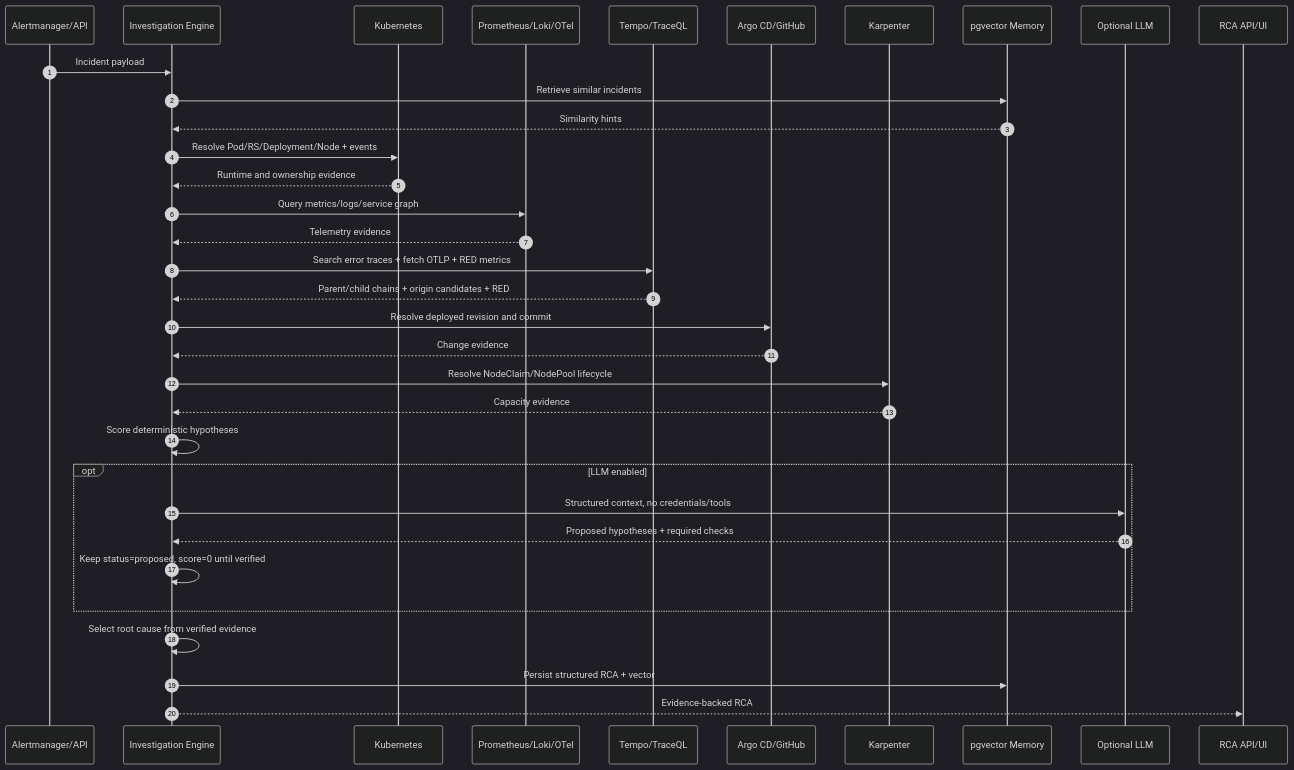
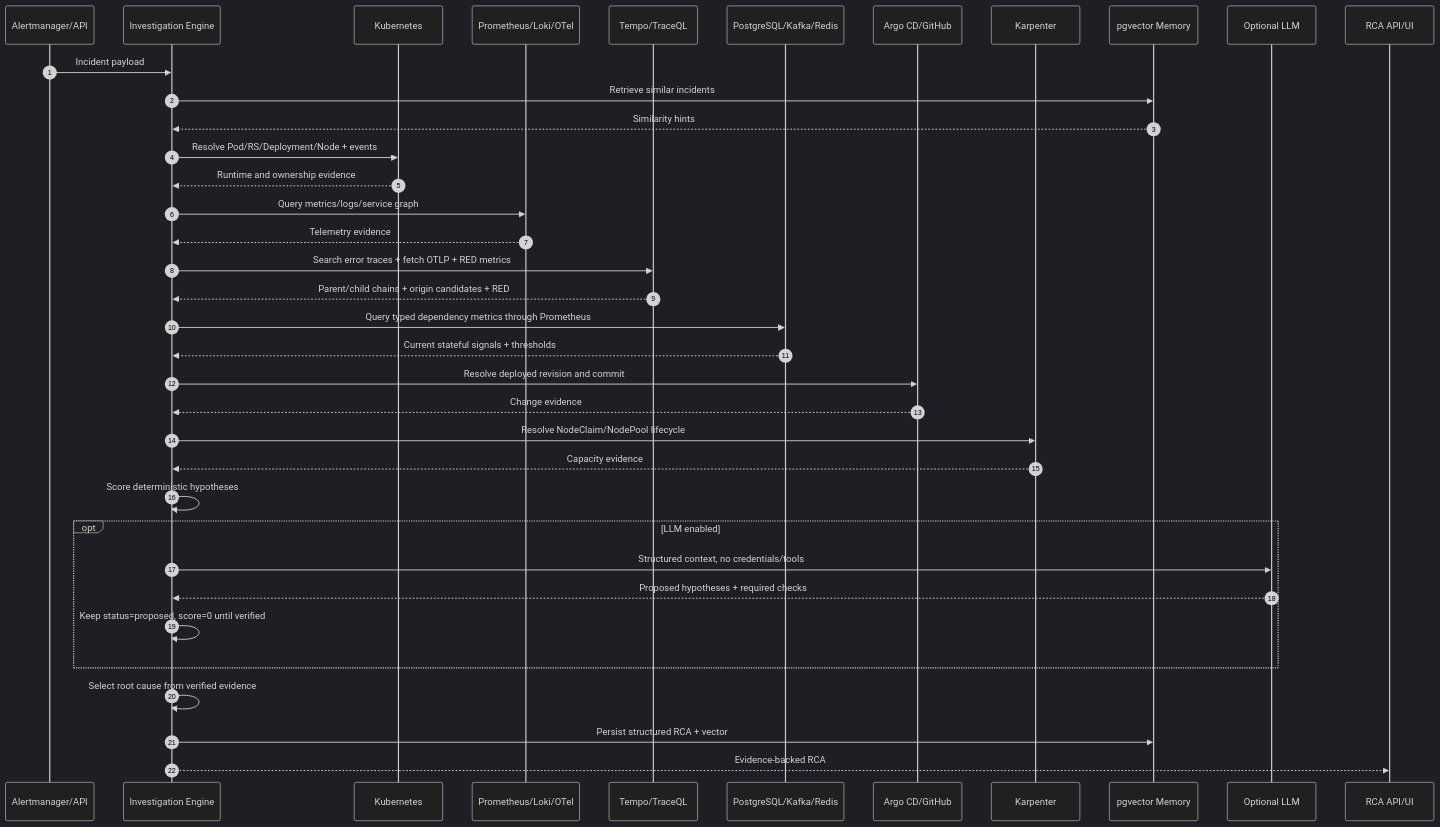
The third of 12 diagrams in docs/architecture.md (marcocristofolini/ai-sre-rca), drawn with Mermaid (dark theme) before and after one commit. The commit also changed other lines of this file, not shown here.

Commit message:
docs: update architecture overview for v0.5

````diff
--- a/docs/architecture.md
+++ b/docs/architecture.md
@@ -70,37 +72,40 @@
 ```mermaid
 sequenceDiagram
     autonumber
     participant AM as Alertmanager/API
     participant ENG as Investigation Engine
     participant K8S as Kubernetes
     participant OBS as Prometheus/Loki/OTel
     participant TEMPO as Tempo/TraceQL
+    participant DEP as PostgreSQL/Kafka/Redis
     participant CHG as Argo CD/GitHub
     participant KAR as Karpenter
     participant MEM as pgvector Memory
     participant LLM as Optional LLM
     participant UI as RCA API/UI
 
     AM->>ENG: Incident payload
     ENG->>MEM: Retrieve similar incidents
     MEM-->>ENG: Similarity hints
     ENG->>K8S: Resolve Pod/RS/Deployment/Node + events
     K8S-->>ENG: Runtime and ownership evidence
     ENG->>OBS: Query metrics/logs/service graph
     OBS-->>ENG: Telemetry evidence
     ENG->>TEMPO: Search error traces + fetch OTLP + RED metrics
     TEMPO-->>ENG: Parent/child chains + origin candidates + RED
+    ENG->>DEP: Query typed dependency metrics through Prometheus
+    DEP-->>ENG: Current stateful signals + thresholds
     ENG->>CHG: Resolve deployed revision and commit
     CHG-->>ENG: Change evidence
     ENG->>KAR: Resolve NodeClaim/NodePool lifecycle
     KAR-->>ENG: Capacity evidence
     ENG->>ENG: Score deterministic hypotheses
     opt LLM enabled
         ENG->>LLM: Structured context, no credentials/tools
         LLM-->>ENG: Proposed hypotheses + required checks
         ENG->>ENG: Keep status=proposed, score=0 until verified
     end
     ENG->>ENG: Select root cause from verified evidence
     ENG->>MEM: Persist structured RCA + vector
     ENG-->>UI: Evidence-backed RCA
 ```
````
